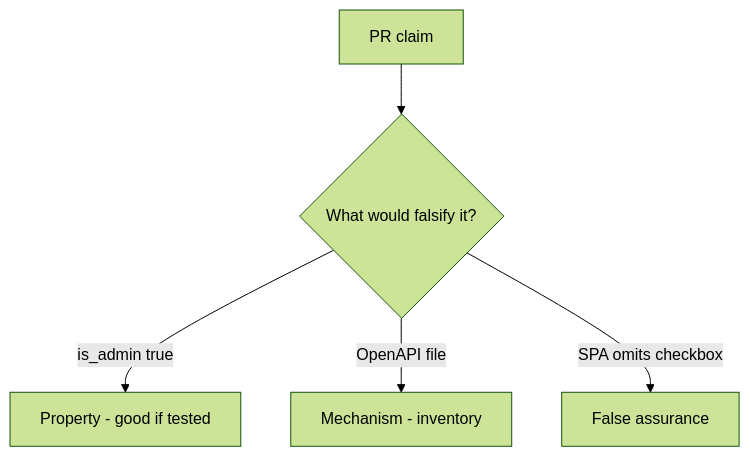
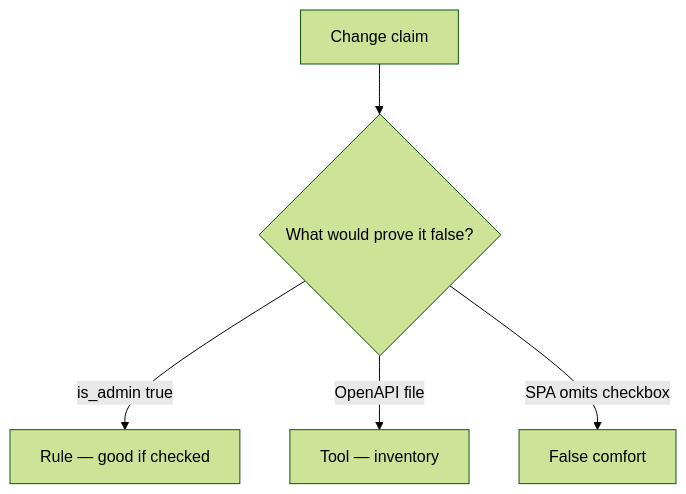
Before and after one commit to ishitvagoel/LearnSecurity: the diagram in content/modules/7/7.1/lessons/08-review.md, drawn with Mermaid (forest theme). The commit also changed other lines of this file and 31 other files, not shown here.

````diff
--- a/content/modules/7/7.1/lessons/08-review.md
+++ b/content/modules/7/7.1/lessons/08-review.md
@@ -17,7 +18,7 @@
 ```mermaid
 flowchart TD
-  Claim[PR claim] --> Q{"What would falsify it?"}
-  Q -->|is_admin true| Property["Property - good if tested"]
-  Q -->|OpenAPI file| Mechanism[Mechanism - inventory]
-  Q -->|SPA omits checkbox| False[False assurance]
+  Claim[Change claim] --> Q{"What would prove it false?"}
+  Q -->|is_admin true| Property["Rule — good if checked"]
+  Q -->|OpenAPI file| Mechanism[Tool — inventory]
+  Q -->|SPA omits checkbox| False[False comfort]
 ```
````
